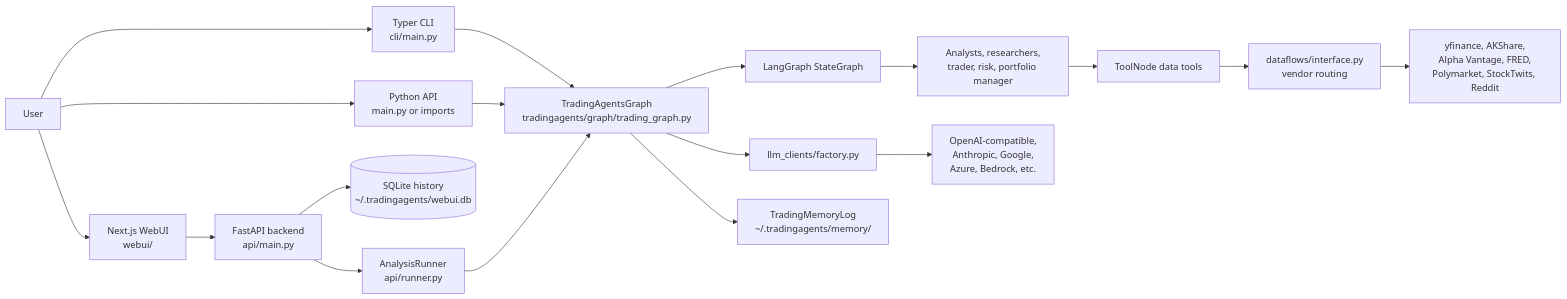
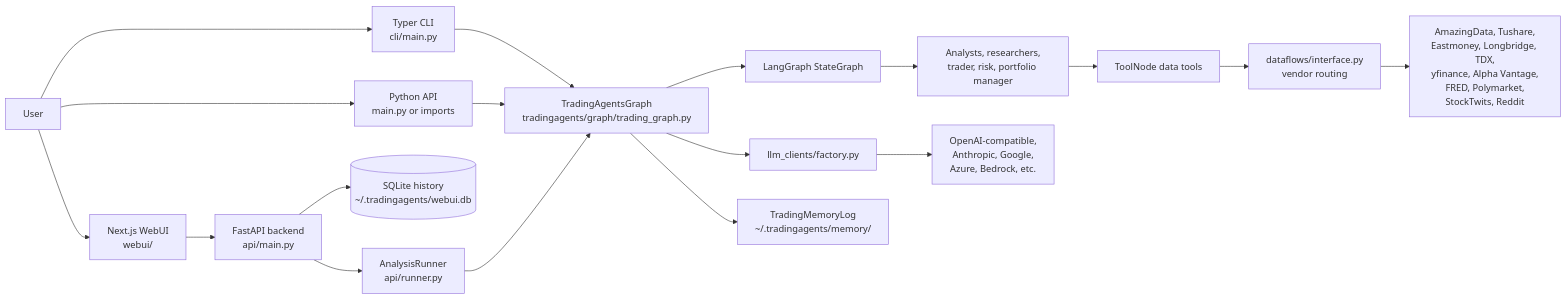
Before and after one commit to solodonut/TradingAgents: the first of 7 diagrams in docs/architecture-and-design.md, drawn with Mermaid. The commit also changed other lines of this file and 29 other files, not shown here.

First line of the commit message:
Refactor: Remove AKShare references and replace with Tushare in data handling

````diff
--- a/docs/architecture-and-design.md
+++ b/docs/architecture-and-design.md
@@ -17,23 +17,23 @@
 ```mermaid
 flowchart LR
     User[User] --> WebUI[Next.js WebUI<br/>webui/]
     User --> CLI[Typer CLI<br/>cli/main.py]
     User --> Python[Python API<br/>main.py or imports]
 
     WebUI --> Api[FastAPI backend<br/>api/main.py]
     Api --> Store[(SQLite history<br/>~/.tradingagents/webui.db)]
     Api --> Runner[AnalysisRunner<br/>api/runner.py]
 
     CLI --> Core[TradingAgentsGraph<br/>tradingagents/graph/trading_graph.py]
     Python --> Core
     Runner --> Core
 
     Core --> LangGraph[LangGraph StateGraph]
     LangGraph --> Agents[Analysts, researchers,<br/>trader, risk, portfolio manager]
     Agents --> Tools[ToolNode data tools]
     Tools --> Dataflows[dataflows/interface.py<br/>vendor routing]
-    Dataflows --> Vendors[yfinance, AKShare,<br/>Alpha Vantage, FRED,<br/>Polymarket, StockTwits, Reddit]
+    Dataflows --> Vendors[AmazingData, Tushare,<br/>Eastmoney, Longbridge, TDX,<br/>yfinance, Alpha Vantage,<br/>FRED, Polymarket,<br/>StockTwits, Reddit]
     Core --> LLMFactory[llm_clients/factory.py]
     LLMFactory --> Providers[OpenAI-compatible,<br/>Anthropic, Google,<br/>Azure, Bedrock, etc.]
     Core --> Memory[TradingMemoryLog<br/>~/.tradingagents/memory/]
 ```
````
